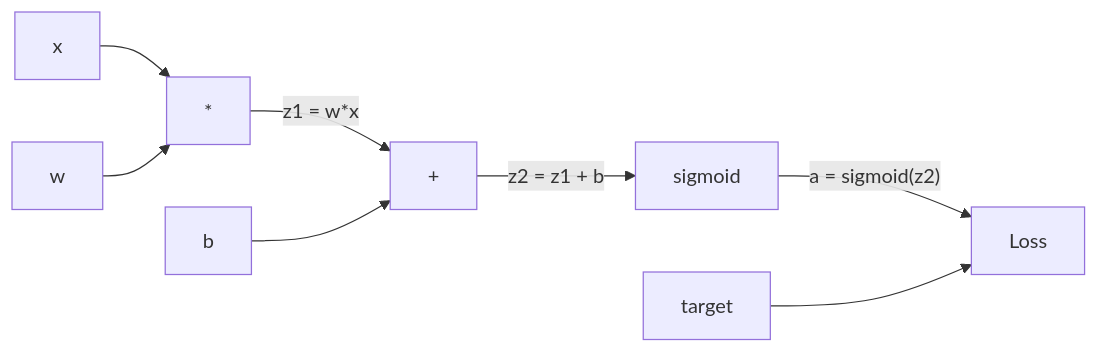
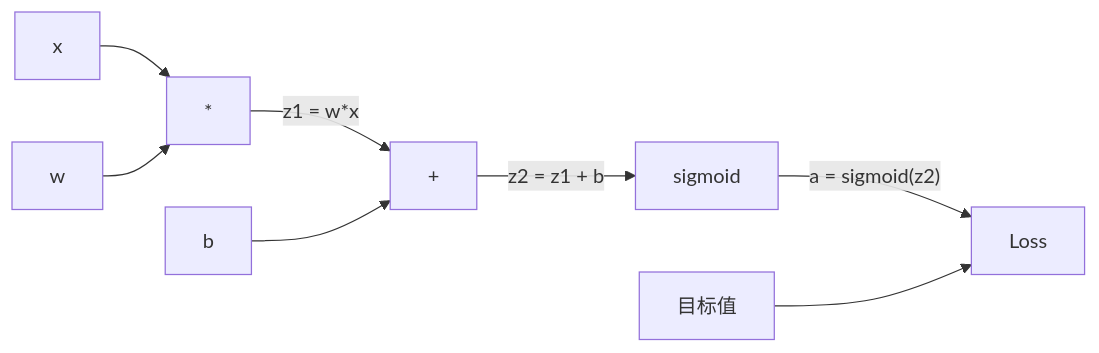
One commit to JerryC8080/ai-engineering-from-scratch-zh changed the first of 3 diagrams in phases/03-deep-learning-core/03-backpropagation/docs/zh.md. Above: the diagram before and after it, drawn with Mermaid. The commit also changed other lines of this file and 156 other files, not shown here.

First line of the commit message:
i18n(zh): translate mermaid diagram labels in 157 lesson zh.md

````diff
--- a/phases/03-deep-learning-core/03-backpropagation/docs/zh.md
+++ b/phases/03-deep-learning-core/03-backpropagation/docs/zh.md
@@ -39,10 +39,10 @@
 ```mermaid
 graph LR
     x["x"] --> mul["*"]
     w["w"] --> mul
     mul -- "z1 = w*x" --> add["+"]
     b["b"] --> add
     add -- "z2 = z1 + b" --> sig["sigmoid"]
     sig -- "a = sigmoid(z2)" --> loss["Loss"]
-    y["target"] --> loss
+    y["目标值"] --> loss
 ```
````
